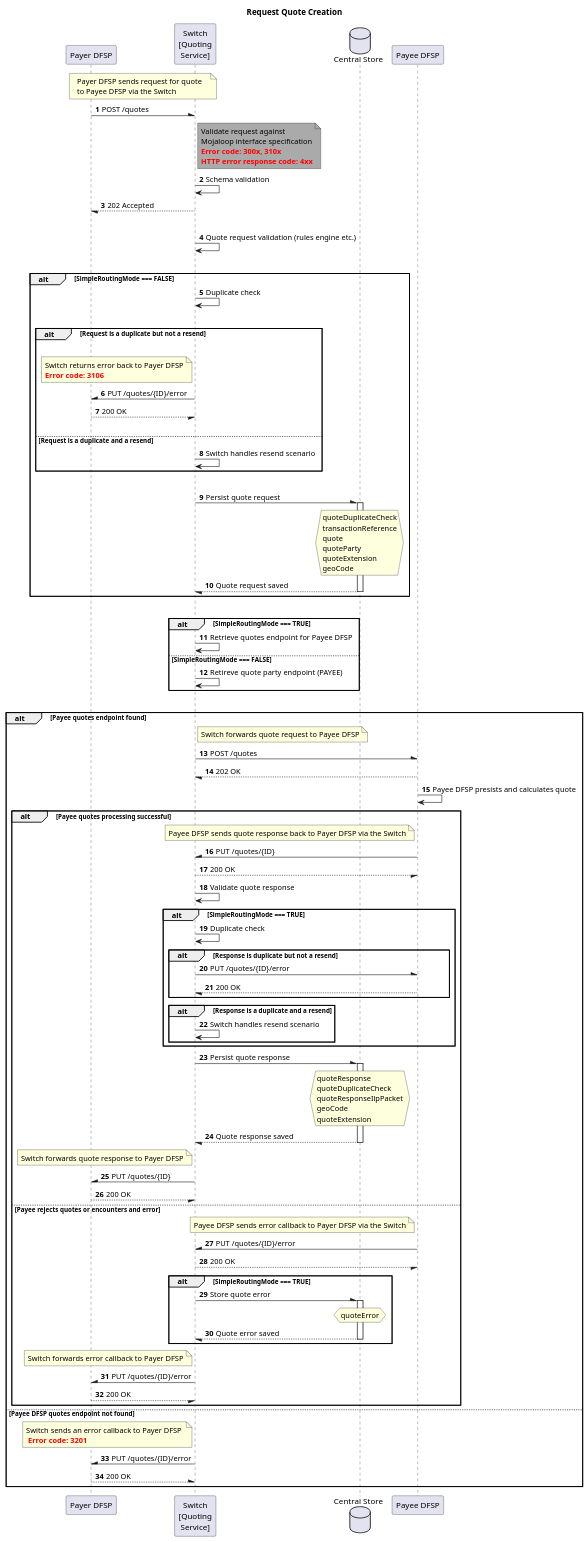
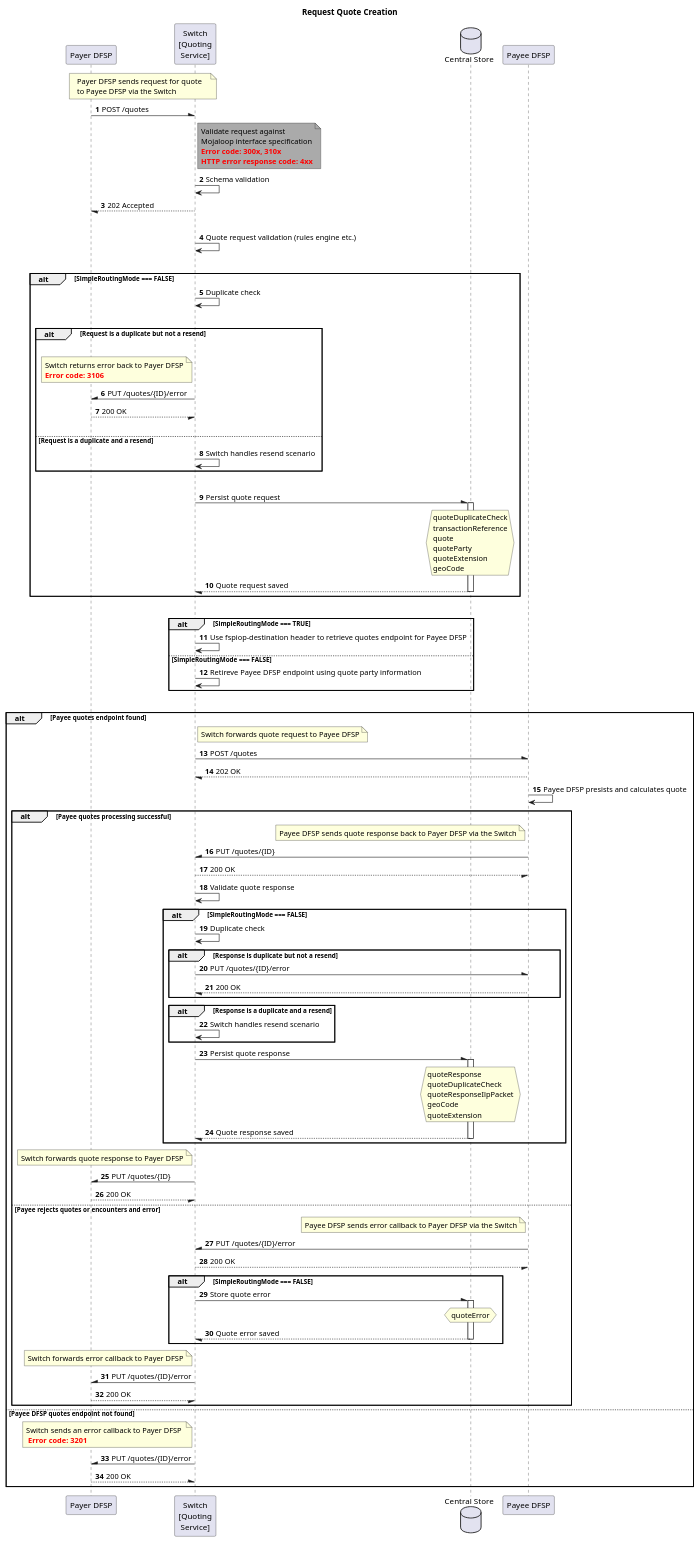
One commit to mojaloop/documentation changed the diagram in mojaloop-technical-overview/quoting-service/assets/diagrams/sequence/seq-post-quotes-1.2.0.plantuml. Above: the diagram before and after it, drawn with PlantUML. The commit also changed 3 other files, not shown here.

```diff
--- a/mojaloop-technical-overview/quoting-service/assets/diagrams/sequence/seq-post-quotes-1.2.0.plantuml
+++ b/mojaloop-technical-overview/quoting-service/assets/diagrams/sequence/seq-post-quotes-1.2.0.plantuml
@@ -1,117 +1,117 @@
 @startuml
 Title Request Quote Creation
 participant "Payer DFSP" as PayerDFSP
 participant "Switch\n[Quoting\nService]" as Switch
 database "Central Store" as DB
 participant "Payee DFSP" as PayeeDFSP
 autonumber
 
 note over PayerDFSP, Switch: Payer DFSP sends request for quote \nto Payee DFSP via the Switch
 PayerDFSP -\ Switch: POST /quotes
 note right of Switch #aaa
     Validate request against 
     Mojaloop interface specification
     **<color #red>Error code: 300x, 310x</color>**
     **<color #red>HTTP error response code: 4xx</color>**
 end note
 Switch -> Switch: Schema validation
 PayerDFSP \-- Switch: 202 Accepted
 |||
 Switch -> Switch: Quote request validation (rules engine etc.)
 |||
 alt SimpleRoutingMode === FALSE
     Switch -> Switch: Duplicate check
     |||
     alt Request is a duplicate but not a resend
     |||
         note left of Switch
             Switch returns error back to Payer DFSP
             <color #red>**Error code: 3106**</color>
         end note
         PayerDFSP /- Switch: PUT /quotes/{ID}/error
         PayerDFSP --/ Switch: 200 OK
     |||
     else Request is a duplicate and a resend
         Switch -> Switch: Switch handles resend scenario
     end
     |||
     Switch -\ DB: Persist quote request
     activate DB
         hnote over DB
             quoteDuplicateCheck
             transactionReference
             quote
             quoteParty
             quoteExtension
             geoCode
         end hnote
     Switch \-- DB: Quote request saved
     deactivate DB
 end
 |||
 alt SimpleRoutingMode === TRUE
-    Switch -> Switch: Retrieve quotes endpoint for Payee DFSP
+    Switch -> Switch: Use fspiop-destination header to retrieve quotes endpoint for Payee DFSP
 else SimpleRoutingMode === FALSE
-    Switch -> Switch: Retireve quote party endpoint (PAYEE)
+    Switch -> Switch: Retireve Payee DFSP endpoint using quote party information
 end
 |||
 alt Payee quotes endpoint found
     note right of Switch: Switch forwards quote request to Payee DFSP
     Switch -\ PayeeDFSP: POST /quotes
     Switch \-- PayeeDFSP: 202 OK
 
     PayeeDFSP -> PayeeDFSP: Payee DFSP presists and calculates quote
     alt Payee quotes processing successful
         note left of PayeeDFSP: Payee DFSP sends quote response back to Payer DFSP via the Switch
         Switch /- PayeeDFSP: PUT /quotes/{ID}
         Switch --/ PayeeDFSP: 200 OK
 
         Switch -> Switch: Validate quote response
-        alt SimpleRoutingMode === TRUE
+        alt SimpleRoutingMode === FALSE
             Switch -> Switch: Duplicate check
             alt Response is duplicate but not a resend
                 Switch -\ PayeeDFSP: PUT /quotes/{ID}/error
                 Switch \-- PayeeDFSP: 200 OK
             end
             alt Response is a duplicate and a resend
                 Switch -> Switch: Switch handles resend scenario
             end
+            Switch -\ DB: Persist quote response
+            activate DB
+            hnote over DB
+                quoteResponse
+                quoteDuplicateCheck
+                quoteResponseIlpPacket
+                geoCode
+                quoteExtension
+            end hnote
+            Switch \-- DB: Quote response saved
+            deactivate DB
         end
-        Switch -\ DB: Persist quote response
-        activate DB
-        hnote over DB
-            quoteResponse
-            quoteDuplicateCheck
-            quoteResponseIlpPacket
-            geoCode
-            quoteExtension
-        end hnote
-        Switch \-- DB: Quote response saved
-        deactivate DB
         note left of Switch: Switch forwards quote response to Payer DFSP
         PayerDFSP /- Switch: PUT /quotes/{ID}
         PayerDFSP --/ Switch: 200 OK
     else Payee rejects quotes or encounters and error
         note left of PayeeDFSP: Payee DFSP sends error callback to Payer DFSP via the Switch
         Switch /- PayeeDFSP: PUT /quotes/{ID}/error
         Switch --/ PayeeDFSP: 200 OK
-        alt SimpleRoutingMode === TRUE
+        alt SimpleRoutingMode === FALSE
             Switch -\ DB: Store quote error
             activate DB
             hnote over DB
                 quoteError
             end hnote
             Switch \-- DB: Quote error saved
             deactivate DB
         end
         note left of Switch: Switch forwards error callback to Payer DFSP
         PayerDFSP /- Switch: PUT /quotes/{ID}/error
         PayerDFSP --/ Switch: 200 OK
     end
 else Payee DFSP quotes endpoint not found
     note left of Switch: Switch sends an error callback to Payer DFSP \n <color #red>**Error code: 3201**</color>
     PayerDFSP /- Switch: PUT /quotes/{ID}/error
     PayerDFSP --\ Switch: 200 OK
 end
 
 @enduml
```
